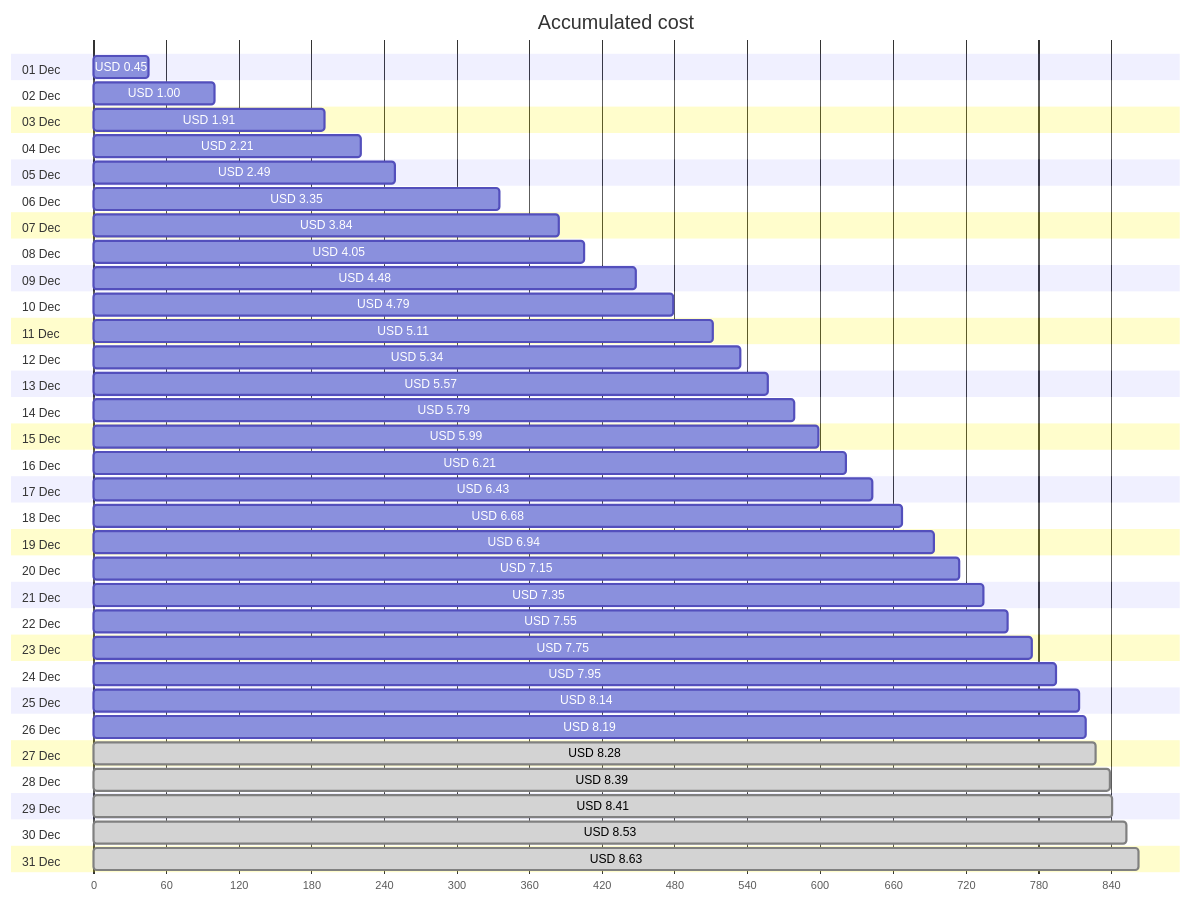
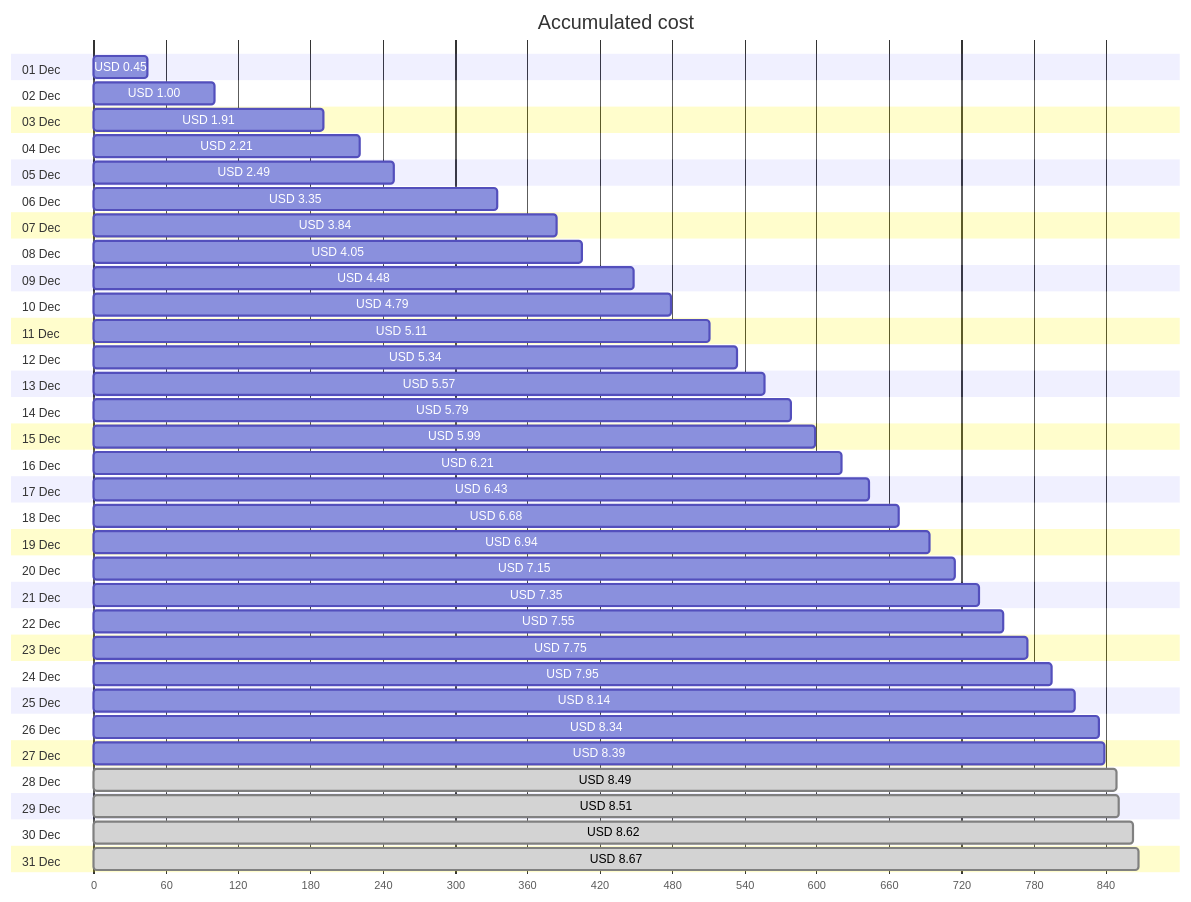
The first of 4 diagrams in cost-reports/personal-network/vpn-server.md (jpfulton/azure-personal-reports), drawn with Mermaid before and after one commit. The commit also changed other lines of this file and 8 other files, not shown here.

````diff
--- a/cost-reports/personal-network/vpn-server.md
+++ b/cost-reports/personal-network/vpn-server.md
@@ -20,68 +20,68 @@
 ```mermaid
 gantt
    title Accumulated cost
    dateFormat  X
    axisFormat %s
    section 01 Dec
    USD 0.45 :0, 45
    section 02 Dec
    USD 1.00 :0, 100
    section 03 Dec
    USD 1.91 :0, 191
    section 04 Dec
    USD 2.21 :0, 221
    section 05 Dec
    USD 2.49 :0, 249
    section 06 Dec
    USD 3.35 :0, 335
    section 07 Dec
    USD 3.84 :0, 384
    section 08 Dec
    USD 4.05 :0, 405
    section 09 Dec
    USD 4.48 :0, 448
    section 10 Dec
    USD 4.79 :0, 479
    section 11 Dec
    USD 5.11 :0, 511
    section 12 Dec
    USD 5.34 :0, 534
    section 13 Dec
    USD 5.57 :0, 557
    section 14 Dec
    USD 5.79 :0, 579
    section 15 Dec
    USD 5.99 :0, 599
    section 16 Dec
    USD 6.21 :0, 621
    section 17 Dec
    USD 6.43 :0, 643
    section 18 Dec
    USD 6.68 :0, 668
    section 19 Dec
    USD 6.94 :0, 694
    section 20 Dec
    USD 7.15 :0, 715
    section 21 Dec
    USD 7.35 :0, 735
    section 22 Dec
    USD 7.55 :0, 755
    section 23 Dec
    USD 7.75 :0, 775
    section 24 Dec
    USD 7.95 :0, 795
    section 25 Dec
    USD 8.14 :0, 814
    section 26 Dec
-   USD 8.19 :0, 819
+   USD 8.34 :0, 834
    section 27 Dec
-   USD 8.28 : done, 0, 828
+   USD 8.39 :0, 839
    section 28 Dec
-   USD 8.39 : done, 0, 839
+   USD 8.49 : done, 0, 849
    section 29 Dec
-   USD 8.41 : done, 0, 841
+   USD 8.51 : done, 0, 851
    section 30 Dec
-   USD 8.53 : done, 0, 853
+   USD 8.62 : done, 0, 862
    section 31 Dec
-   USD 8.63 : done, 0, 863
+   USD 8.67 : done, 0, 867
 ```
````
